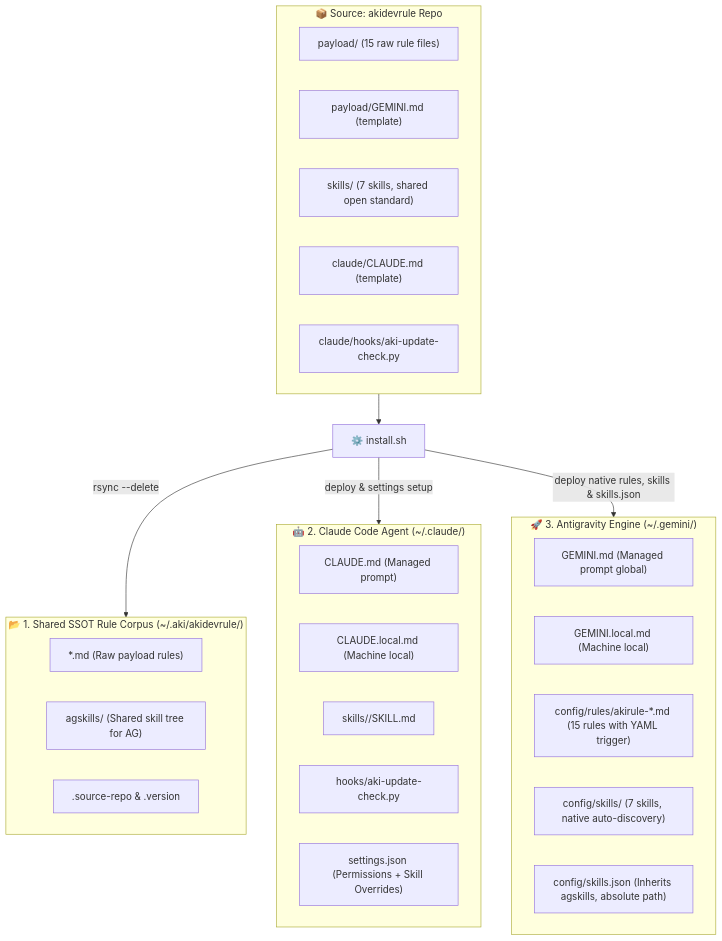
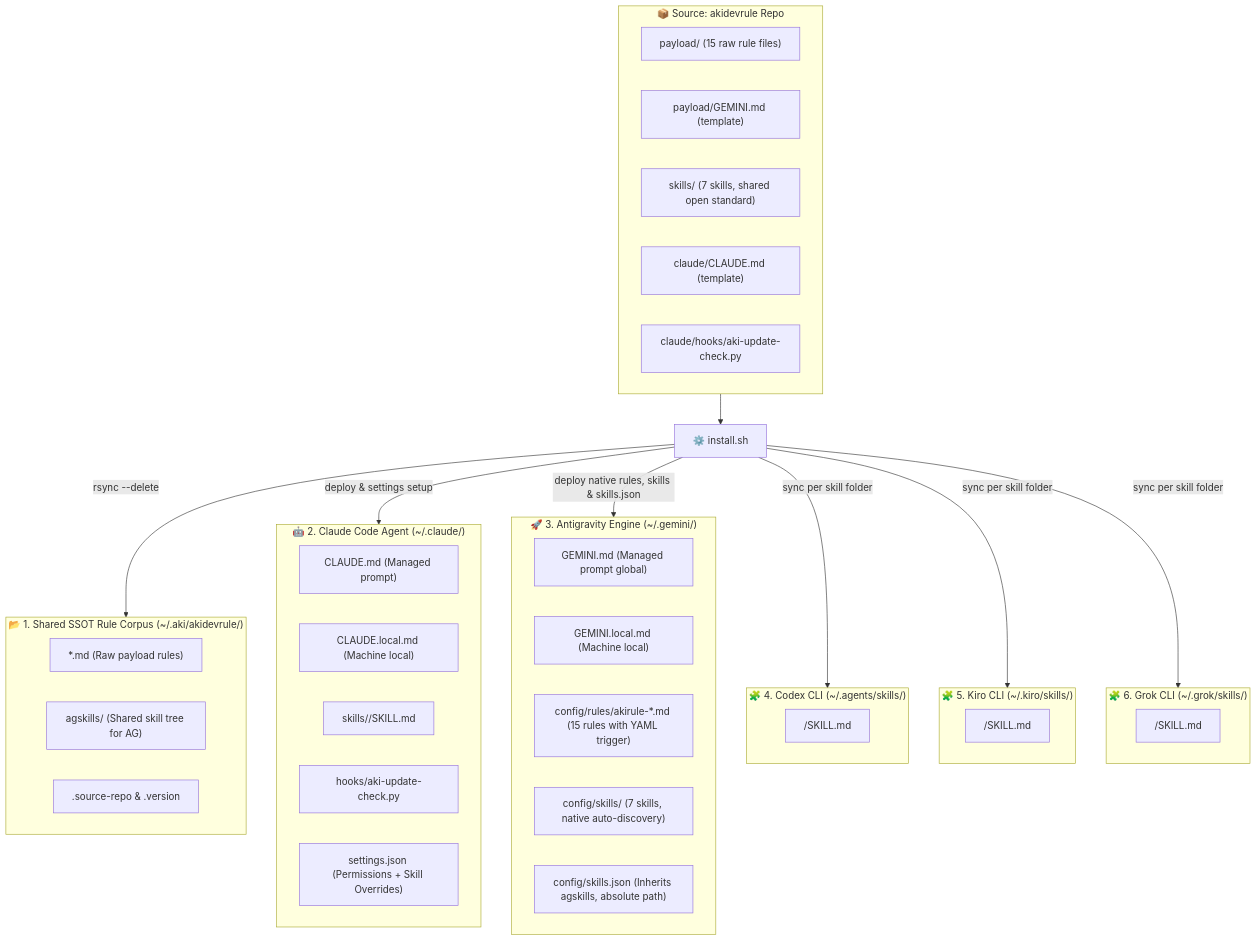
Before and after one commit to QuachGia1994/akidevrule: the diagram in README.md, drawn with Mermaid. The commit also changed other lines of this file and 9 other files, not shown here.

First line of the commit message:
feat(install): support Codex, Kiro, and Grok CLI skill sync

````diff
--- a/README.md
+++ b/README.md
@@ -108,42 +108,56 @@
 ```mermaid
 flowchart TD
     subgraph SRC["📦 Source: akidevrule Repo"]
         PAYLOAD["payload/ (15 raw rule files)"]
         PGEMINI["payload/GEMINI.md (template)"]
         CSKILLS["skills/ (7 skills, shared open standard)"]
         CCLAUDE["claude/CLAUDE.md (template)"]
         CHOOKS["claude/hooks/aki-update-check.py"]
     end
 
     INSTALL["⚙️ install.sh"]
     SRC --> INSTALL
 
     %% TARGET 1: ~/.aki/akidevrule/
     subgraph T1["📂 1. Shared SSOT Rule Corpus (~/.aki/akidevrule/)"]
         R_CORPUS["*.md (Raw payload rules)"]
         R_AGSKILLS["agskills/ (Shared skill tree for AG)"]
         R_META[".source-repo & .version"]
     end
 
     %% TARGET 2: ~/.claude/
     subgraph T2["🤖 2. Claude Code Agent (~/.claude/)"]
         C_MD["CLAUDE.md (Managed prompt)"]
         C_LOCAL["CLAUDE.local.md (Machine local)"]
         C_SKILLS["skills/<skill_name>/SKILL.md"]
         C_HOOKS["hooks/aki-update-check.py"]
         C_SET["settings.json (Permissions + Skill Overrides)"]
     end
 
     %% TARGET 3: ~/.gemini/
     subgraph T3["🚀 3. Antigravity Engine (~/.gemini/)"]
         G_MD["GEMINI.md (Managed prompt global)"]
         G_LOCAL["GEMINI.local.md (Machine local)"]
         G_RULES["config/rules/akirule-*.md (15 rules with YAML trigger)"]
         G_SKILLS["config/skills/ (7 skills, native auto-discovery)"]
         G_SJSON["config/skills.json (Inherits agskills, absolute path)"]
     end
 
+    %% TARGETS 4-6: other CLIs that natively consume the SKILL.md standard
+    subgraph T4["🧩 4. Codex CLI (~/.agents/skills/)"]
+        X_SKILLS["<skill_name>/SKILL.md"]
+    end
+    subgraph T5["🧩 5. Kiro CLI (~/.kiro/skills/)"]
+        K_SKILLS["<skill_name>/SKILL.md"]
+    end
+    subgraph T6["🧩 6. Grok CLI (~/.grok/skills/)"]
+        R_SKILLS["<skill_name>/SKILL.md"]
+    end
+
     INSTALL -->|"rsync --delete"| T1
     INSTALL -->|"deploy & settings setup"| T2
     INSTALL -->|"deploy native rules, skills & skills.json"| T3
+    INSTALL -->|"sync per skill folder"| T4
+    INSTALL -->|"sync per skill folder"| T5
+    INSTALL -->|"sync per skill folder"| T6
 ```
````
